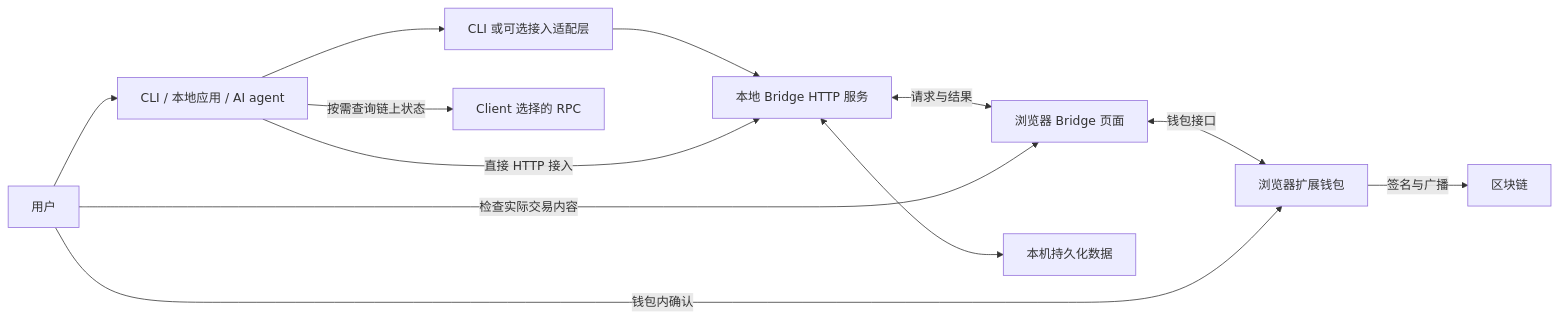
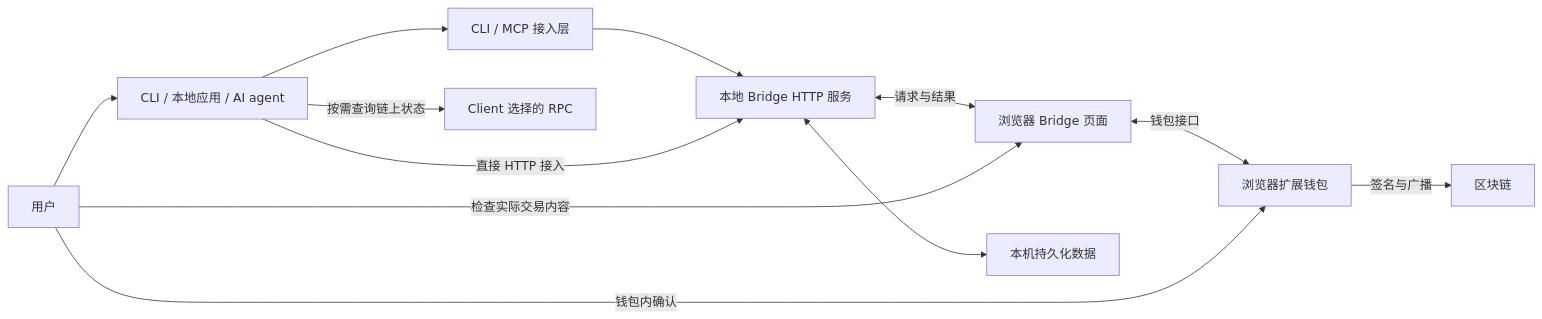
Before and after one commit to Conflux-Chain/wallet-bridge: the diagram in docs/architecture.md, drawn with Mermaid. The commit also changed other lines of this file and 6 other files, not shown here.

````diff
--- a/docs/architecture.md
+++ b/docs/architecture.md
@@ -7,14 +7,14 @@
 ```mermaid
 flowchart LR
     User[用户] --> Client[CLI / 本地应用 / AI agent]
-    Client --> Adapter[CLI 或可选接入适配层]
+    Client --> Adapter[CLI / MCP 接入层]
     Adapter --> Service[本地 Bridge HTTP 服务]
     Client -->|直接 HTTP 接入| Service
     Service <-->|请求与结果| Page[浏览器 Bridge 页面]
     User -->|检查实际交易内容| Page
     Page <-->|钱包接口| Wallet[浏览器扩展钱包]
     User -->|钱包内确认| Wallet
     Wallet -->|签名与广播| Chain[区块链]
     Service <--> Store[本机持久化数据]
     Client -->|按需查询链上状态| RPC[Client 选择的 RPC]
 ```
````
